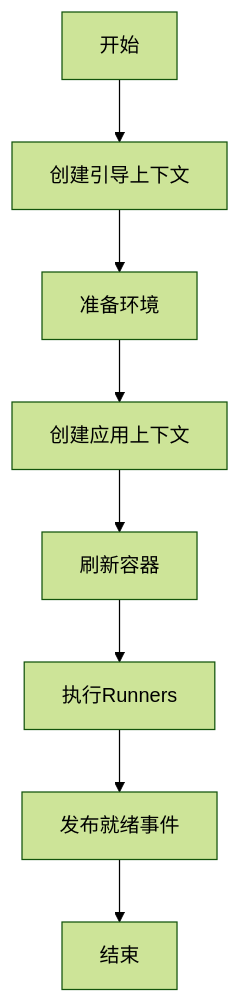
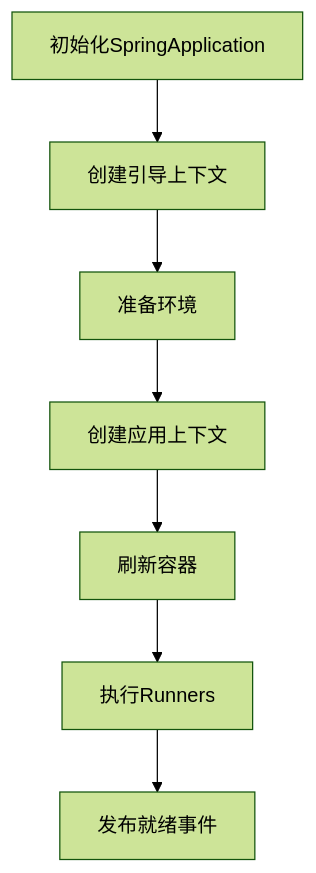
Before and after one commit to lettlehan/hans-blog: the diagram in content/good-work/Spring Boot/核心启动流程.md, drawn with Mermaid (forest theme). The commit also changed other lines of this file and 16 other files, not shown here.

````diff
--- a/content/good-work/Spring Boot/核心启动流程.md
+++ b/content/good-work/Spring Boot/核心启动流程.md
@@ -89,10 +13,9 @@
-```mermaid  
-graph TD  
-    A[开始] --> B[创建引导上下文]  
-    B --> C[准备环境]  
-    C --> D[创建应用上下文]  
-    D --> E[刷新容器]  
-    E --> F[执行Runners]  
-    F --> G[发布就绪事件]  
-    G --> H[结束]  
-```  
+```mermaid
+flowchart TD
+    A[初始化SpringApplication] --> B[创建引导上下文]
+    B --> C[准备环境]
+    C --> D[创建应用上下文]
+    D --> E[刷新容器]
+    E --> F[执行Runners]
+    F --> G[发布就绪事件]
+```
````
